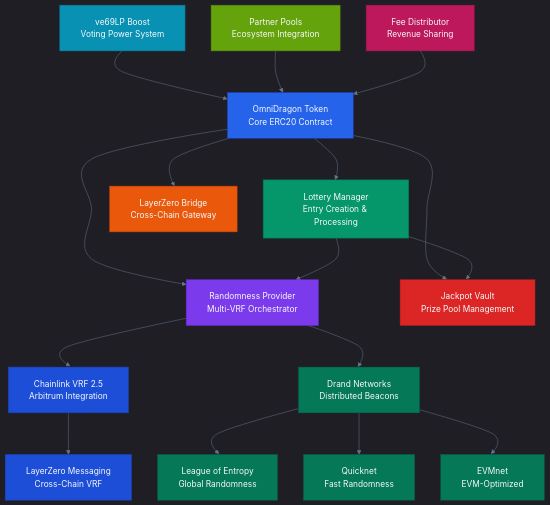
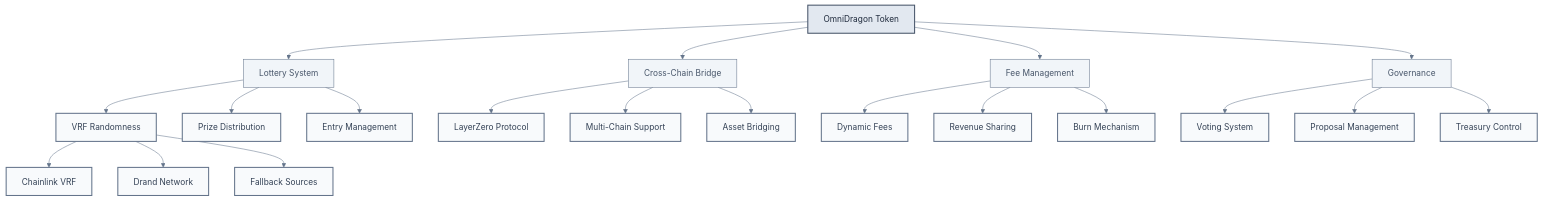
Before and after one commit to wenakita/sonicreddragon-docs: the first of 5 diagrams in docs/intro.md, drawn with Mermaid. The commit also changed other lines of this file and 3 other files, not shown here.

````diff
--- a/docs/intro.md
+++ b/docs/intro.md
@@ -31,64 +31,50 @@
 ```mermaid
 %%{init: {
-  'theme': 'dark',
+  'theme': 'base',
   'themeVariables': {
-    'primaryColor': '#2563eb',
-    'primaryTextColor': '#f8fafc',
-    'primaryBorderColor': '#1e40af',
+    'primaryColor': '#f8fafc',
+    'primaryTextColor': '#334155',
+    'primaryBorderColor': '#64748b',
     'lineColor': '#64748b',
-    'secondaryColor': '#1e293b',
-    'tertiaryColor': '#0f172a',
-    'background': '#0f172a',
-    'mainBkg': '#1e293b',
-    'secondBkg': '#334155',
-    'tertiaryBkg': '#475569'
-  },
-  'flowchart': {
-    'curve': 'cardinal',
-    'nodeSpacing': 50,
-    'rankSpacing': 80,
-    'padding': 20
+    'secondaryColor': '#f1f5f9',
+    'tertiaryColor': '#e2e8f0',
+    'background': '#ffffff',
+    'mainBkg': '#f8fafc',
+    'secondBkg': '#f1f5f9',
+    'tertiaryBkg': '#e2e8f0'
   }
 }}%%
+
 graph TB
-    A["OmniDragon Token<br/>Core ERC20 Contract"] --> B["Lottery Manager<br/>Entry Creation & Processing"]
-    A --> C["Randomness Provider<br/>Multi-VRF Orchestrator"]
-    A --> D["Jackpot Vault<br/>Prize Pool Management"]
-    A --> E["LayerZero Bridge<br/>Cross-Chain Gateway"]
+    A[OmniDragon Token] --> B[Lottery System]
+    A --> C[Cross-Chain Bridge]
+    A --> D[Fee Management]
+    A --> E[Governance]
     
-    B --> C
-    B --> D
-    C --> F["Chainlink VRF 2.5<br/>Arbitrum Integration"]
-    C --> G["Drand Networks<br/>Distributed Beacons"]
+    B --> F[VRF Randomness]
+    B --> G[Prize Distribution]
+    B --> H[Entry Management]
     
-    H["ve69LP Boost<br/>Voting Power System"] --> A
-    I["Partner Pools<br/>Ecosystem Integration"] --> A
-    J["Fee Distributor<br/>Revenue Sharing"] --> A
+    C --> I[LayerZero Protocol]
+    C --> J[Multi-Chain Support]
+    C --> K[Asset Bridging]
     
-    F --> K["LayerZero Messaging<br/>Cross-Chain VRF"]
-    G --> L["League of Entropy<br/>Global Randomness"]
-    G --> M["Quicknet<br/>Fast Randomness"]
-    G --> N["EVMnet<br/>EVM-Optimized"]
+    D --> L[Dynamic Fees]
+    D --> M[Revenue Sharing]
+    D --> N[Burn Mechanism]
     
-    classDef coreToken fill:#2563eb,stroke:#1e40af,color:#f8fafc
-    classDef lottery fill:#059669,stroke:#047857,color:#f8fafc
-    classDef randomness fill:#7c3aed,stroke:#6d28d9,color:#f8fafc
-    classDef vault fill:#dc2626,stroke:#b91c1c,color:#f8fafc
-    classDef bridge fill:#ea580c,stroke:#c2410c,color:#f8fafc
-    classDef boost fill:#0891b2,stroke:#0e7490,color:#f8fafc
-    classDef partner fill:#65a30d,stroke:#4d7c0f,color:#f8fafc
-    classDef fee fill:#be185d,stroke:#9d174d,color:#f8fafc
-    classDef vrf fill:#1d4ed8,stroke:#1e40af,color:#f8fafc
-    classDef drand fill:#047857,stroke:#065f46,color:#f8fafc
+    E --> O[Voting System]
+    E --> P[Proposal Management]
+    E --> Q[Treasury Control]
     
-    class A coreToken
-    class B lottery
-    class C randomness
-    class D vault
-    class E bridge
-    class H boost
-    class I partner
-    class J fee
-    class F,K vrf
-    class G,L,M,N drand
+    F --> R[Chainlink VRF]
+    F --> S[Drand Network]
+    F --> T[Fallback Sources]
+
+    classDef default fill:#f8fafc,stroke:#64748b,stroke-width:2px,color:#334155
+    classDef primary fill:#e2e8f0,stroke:#475569,stroke-width:2px,color:#1e293b
+    classDef secondary fill:#f1f5f9,stroke:#64748b,stroke-width:1px,color:#475569
+    
+    class A primary
+    class B,C,D,E secondary
 ```
````
